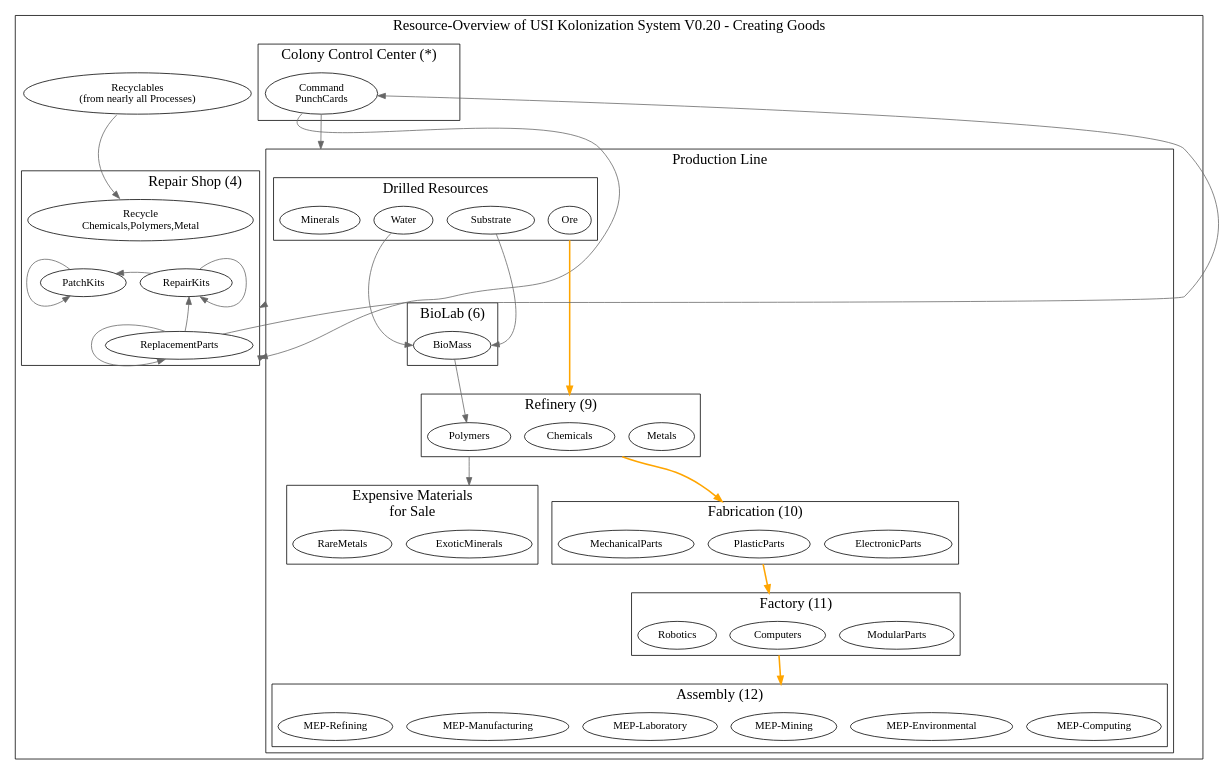
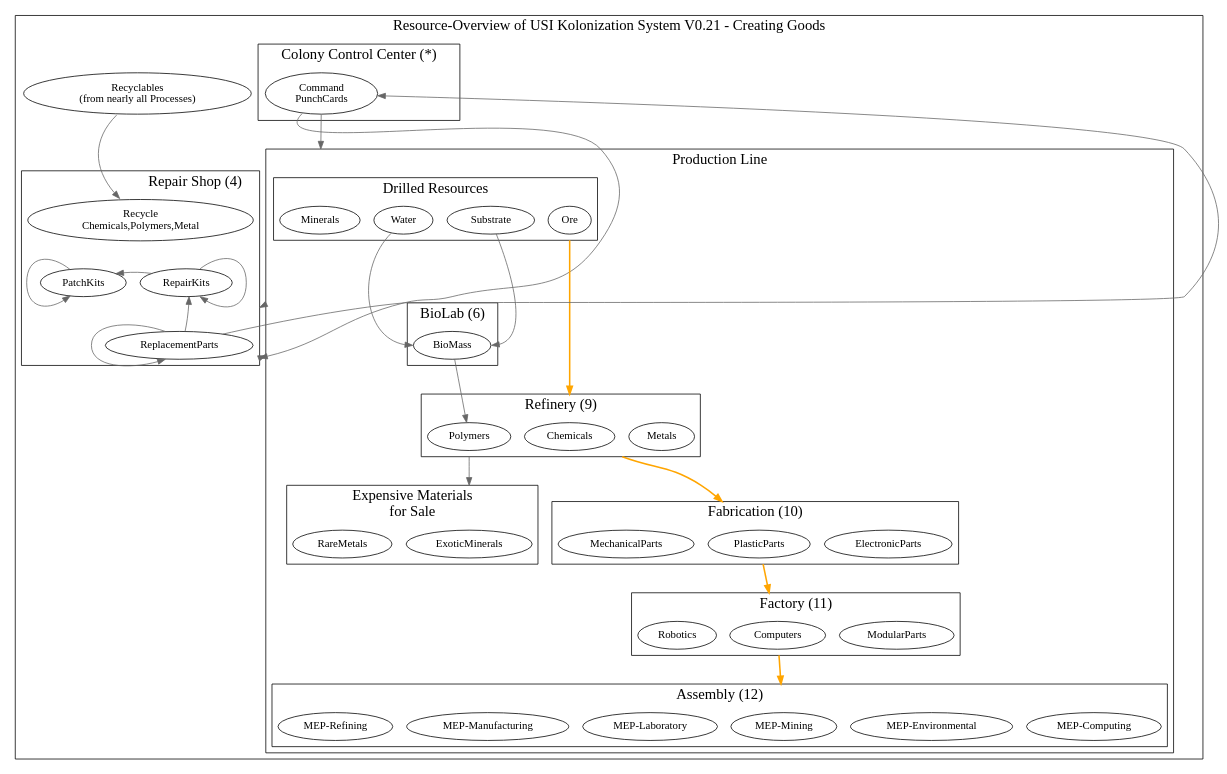
One commit to mhoram-kerbin/USI-Kolonization-Systems-Resources changed the diagram in ProductionLine.dot. Above: the diagram before and after it, drawn with Graphviz. The commit also changed 2 other files, not shown here.

Commit message:
Updated Graphs to 0.21

```diff
--- a/ProductionLine.dot
+++ b/ProductionLine.dot
@@ -1,134 +1,134 @@
 /* -*- coding: utf-8; -*-
 Overview over USI Kolonization System Resources
 Copyright 2014 By Mhoram
 
 This Work may be distributed under the Creative Commons
 Attribution-NonCommercial-ShareAlike 4.0 International License.
 
 */
 
 # dot -Tpdf -o ProductionLine.pdf ProductionLine.dot
 # dot -Tpng -o ProductionLine.png ProductionLine.dot
 
 digraph Resources {
     compound=true;
 
     subgraph clusterPRODUCTION {
-        graph [label="Resource-Overview of USI Kolonization System V0.20 - Creating Goods" fontsize=19];
+        graph [label="Resource-Overview of USI Kolonization System V0.21 - Creating Goods" fontsize=19];
 
         subgraph clusterCCCP {
             label="Colony Control Center (*)";
             CommandP [label="Command\nPunchCards"];
         }
 
         subgraph clusterProductionLine {
             label="Production Line";
 
             subgraph clusterBIOLABP {
                 label="BioLab (6)";
                 PBioMass [label="BioMass"];
             }
 
             subgraph clusterResources {
                 label="Drilled Resources";
                 WaterR [label="Water"];
                 SubstrateR [label="Substrate"];
                 Ore;
                 Minerals;
             }
 
             subgraph clusterRefinery {
                 label="Refinery (9)";
                 Metals;
                 Polymers;
                 Chemicals;
             }
 
             subgraph clusterFabrication {
                 label="Fabrication (10)"
                 ElectronicParts;
                 PlasticParts;
                 MechanicalParts;
             }
 
             subgraph clusterFactory {
                 label="Factory (11)"
                 ModularParts;
                 Computers;
                 Robotics;
             }
 
             subgraph clusterAssembly {
                 label="Assembly (12)";
                 "MEP-Computing";
                 "MEP-Environmental";
                 "MEP-Mining";
                 "MEP-Laboratory";
                 "MEP-Manufacturing";
                 "MEP-Refining";
             }
 
             subgraph clusterSpecials {
                 label="Expensive Materials\nfor Sale";
                 ExoticMinerals;
                 RareMetals;
             }
         }
 
         Recyclables [label="Recyclables\n(from nearly all Processes)"];
 
         subgraph clusterRepair {
             label="Repair Shop (4)";
             labeljust="r";
             PatchKits;
             RepairKits;
             ReplacementParts;
             Recycle [label="Recycle\nChemicals,Polymers,Metal"];
             edge [color="#666666"];
             {
                 rank = same;
                 edge [minlen=1];
                 PatchKits -> RepairKits [style=invisible,arrowhead=none];
             }
             {
                 Recycle -> PatchKits [style=invisible,arrowhead=none];
                 RepairKits -> ReplacementParts [style=invisible,arrowhead=none];
             }
             PatchKits -> PatchKits [tailport=nw,headport=sw];
             RepairKits -> PatchKits;
             RepairKits -> RepairKits [tailport=ne,headport=se];
             ReplacementParts -> RepairKits [constraint = false];
             ReplacementParts -> ReplacementParts [tailport=nw,headport=sw];
         }
 
 /*        {
             rank = same;
             ReplacementParts -> Chemicals;
         }
 */
         edge [color="#666666"];
         edge [minlen=2];
         ReplacementParts -> CommandP [constraint = false];
         CommandP -> ReplacementParts [lhead=clusterRepair,constraint = false,tailport=sw,headport=se];
 
         CommandP -> Minerals [lhead=clusterProductionLine];
         ReplacementParts -> Ore [lhead=clusterProductionLine,ltail=clusterRepair,tailport=se];
         PBioMass -> Polymers [];
         SubstrateR -> PBioMass [headport=e];
         WaterR -> PBioMass [tailport=sw,headport=w];
         SubstrateR -> ReplacementParts [ltail=clusterProductionLine,lhead=clusterRepair];
 
         Polymers -> ExoticMinerals [ltail=clusterRefinery,lhead=clusterSpecials];
         Ore -> Chemicals [lhead=clusterRefinery; ltail=clusterResources, penwidth=2, color="orange"];
 
         Chemicals -> PlasticParts [lhead=clusterFabrication; ltail=clusterRefinery, penwidth=2, color="orange"];
 
         PlasticParts -> Computers [lhead=clusterFactory; ltail=clusterFabrication, penwidth=2, color="orange"];
 
         Computers -> "MEP-Mining" [lhead=clusterAssembly; ltail=clusterFactory, penwidth=2, color="orange"];
 
         Recyclables -> Recycle [tailport=sw,headport=nw];
 
     }
 
 }
```
